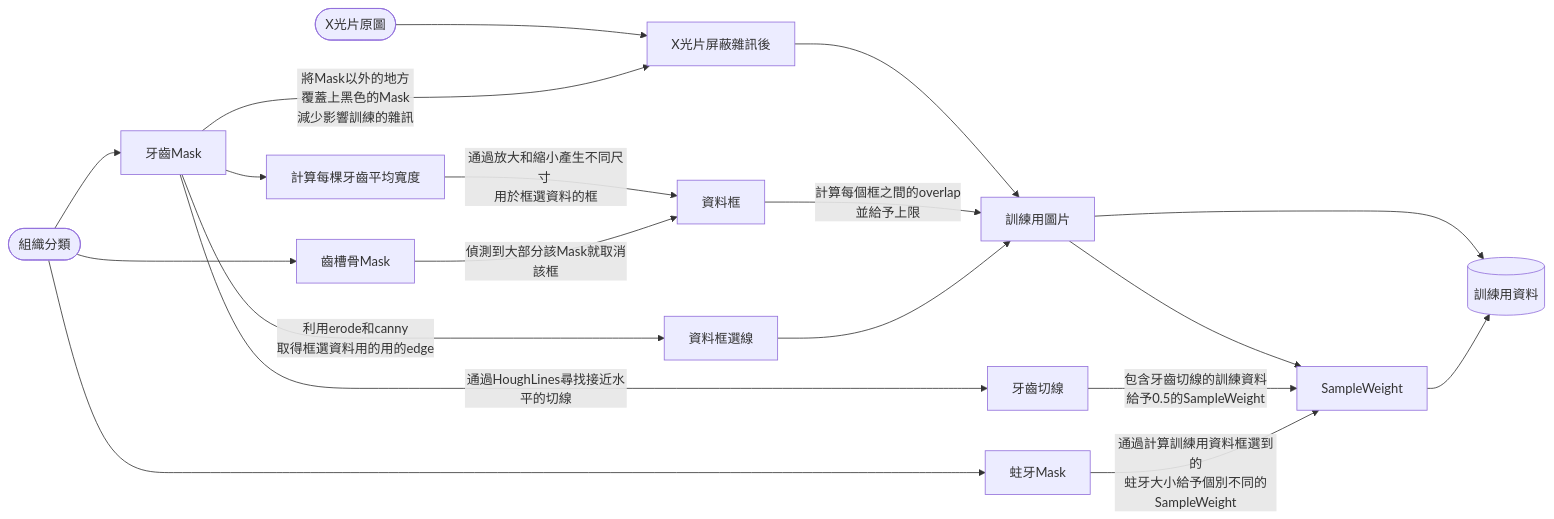
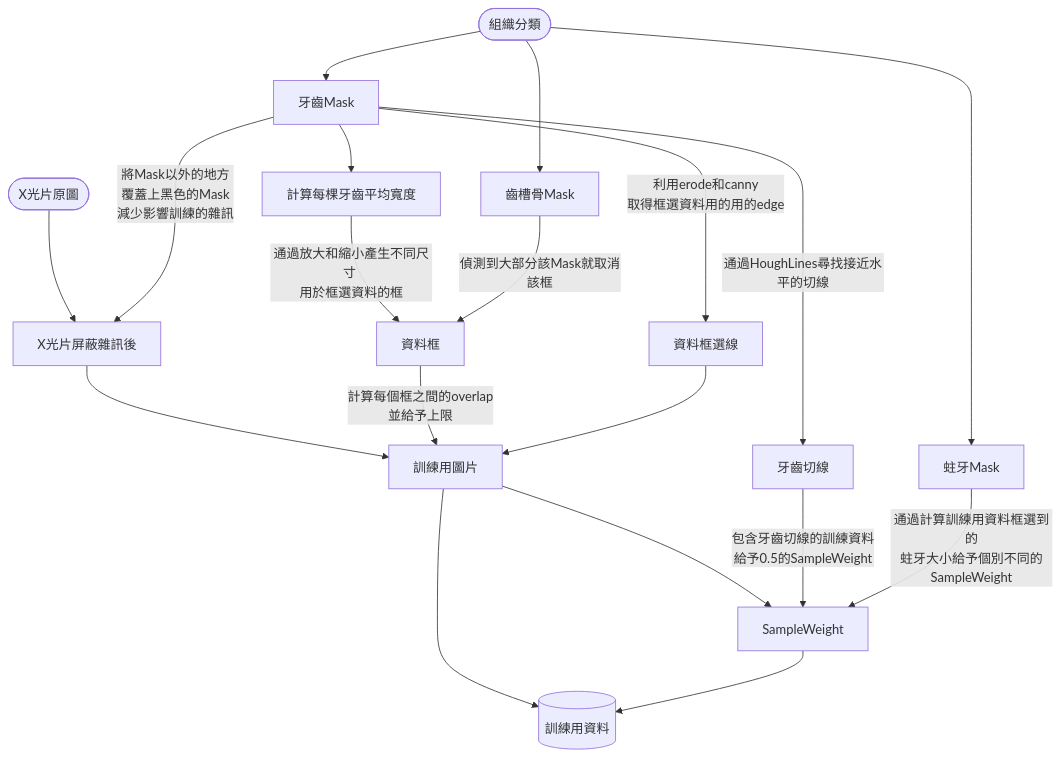
The diagram in Edge Frame Detection/README.md (JasonYeongg/CariesDetection), drawn with Mermaid before and after one commit.

````diff
--- a/Edge Frame Detection/README.md
+++ b/Edge Frame Detection/README.md
@@ -63,21 +63,21 @@
 ```mermaid
-flowchart LR
+flowchart TD
 A([X光片原圖]) --> F[X光片屏蔽雜訊後]
 B([組織分類]) --> C[牙齒Mask]
 B --> D[蛀牙Mask]
 B --> E[齒槽骨Mask]
 C --> G[計算每棵牙齒平均寬度]
 C -->|將Mask以外的地方 \n覆蓋上黑色的Mask \n減少影響訓練的雜訊| F
 C -->|利用erode和canny \n取得框選資料用的用的edge| H[資料框選線]
 G -->|通過放大和縮小產生不同尺寸 \n用於框選資料的框| I[資料框]
 E -->|偵測到大部分該Mask就取消該框| I
 F --> J[訓練用圖片]
 I -->|計算每個框之間的overlap\n並給予上限| J
 H --> J
 C -->|通過HoughLines尋找接近水平的切線| K[牙齒切線]
 J --> L[SampleWeight]
 K -->|包含牙齒切線的訓練資料\n給予0.5的SampleWeight| L
 D -->|通過計算訓練用資料框選到的\n蛀牙大小給予個別不同的SampleWeight| L
 J --> M[(訓練用資料)]
 L --> M
 ```
````
